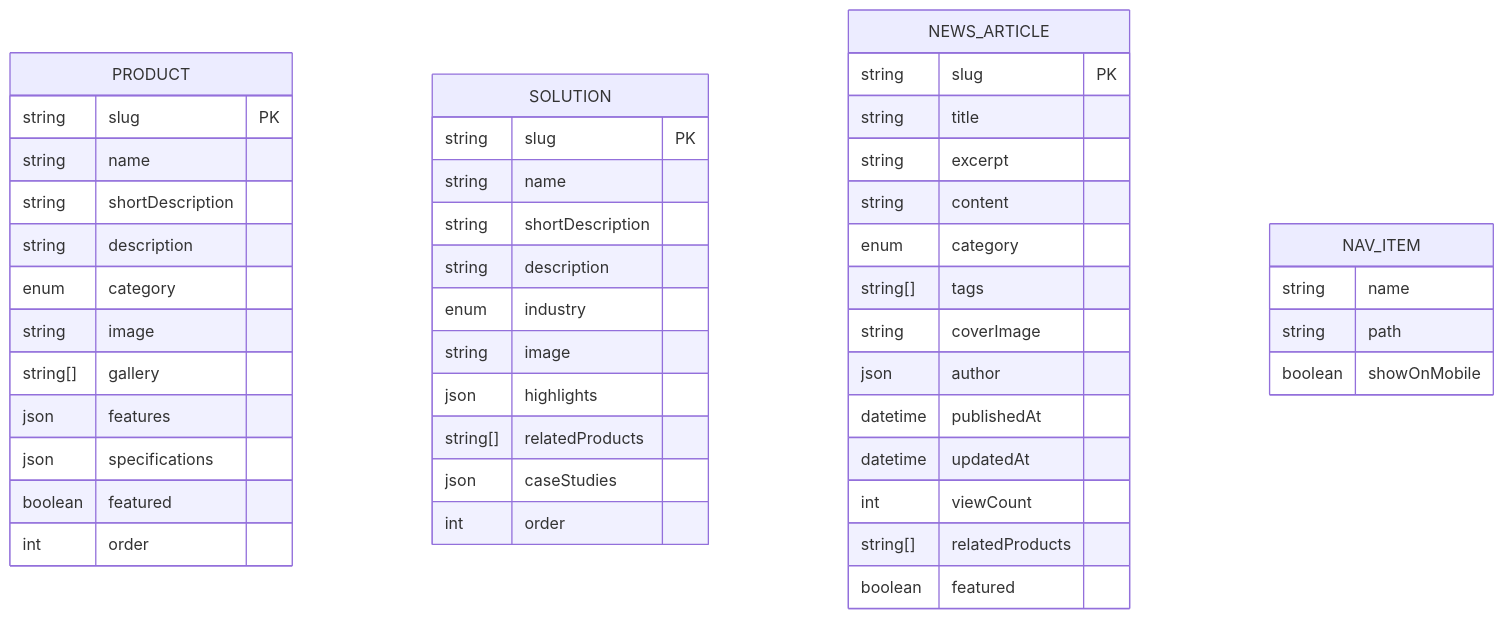
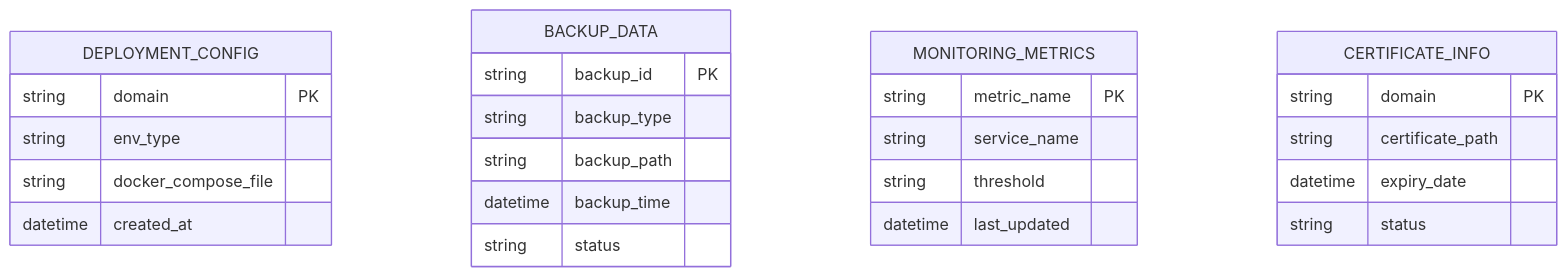
Before and after one commit to Will0253/zczk: the fourth of 5 diagrams in .qoder/repowiki/zh/content/规格文档/规格文档.md, drawn with Mermaid. The commit also changed other lines of this file and 13 other files, not shown here.

````diff
--- a/.qoder/repowiki/zh/content/规格文档/规格文档.md
+++ b/.qoder/repowiki/zh/content/规格文档/规格文档.md
@@ -195,48 +222,28 @@
 ```mermaid
 erDiagram
-PRODUCT {
-string slug PK
-string name
-string shortDescription
-string description
-enum category
-string image
-string[] gallery
-json features
-json specifications
-boolean featured
-int order
+DEPLOYMENT_CONFIG {
+string domain PK
+string env_type
+string docker_compose_file
+datetime created_at
 }
-SOLUTION {
-string slug PK
-string name
-string shortDescription
-string description
-enum industry
-string image
-json highlights
-string[] relatedProducts
-json caseStudies
-int order
+BACKUP_DATA {
+string backup_id PK
+string backup_type
+string backup_path
+datetime backup_time
+string status
 }
-NEWS_ARTICLE {
-string slug PK
-string title
-string excerpt
-string content
-enum category
-string[] tags
-string coverImage
-json author
-datetime publishedAt
-datetime updatedAt
-int viewCount
-string[] relatedProducts
-boolean featured
+MONITORING_METRICS {
+string metric_name PK
+string service_name
+string threshold
+datetime last_updated
 }
-NAV_ITEM {
-string name
-string path
-boolean showOnMobile
+CERTIFICATE_INFO {
+string domain PK
+string certificate_path
+datetime expiry_date
+string status
 }
 ```
````
